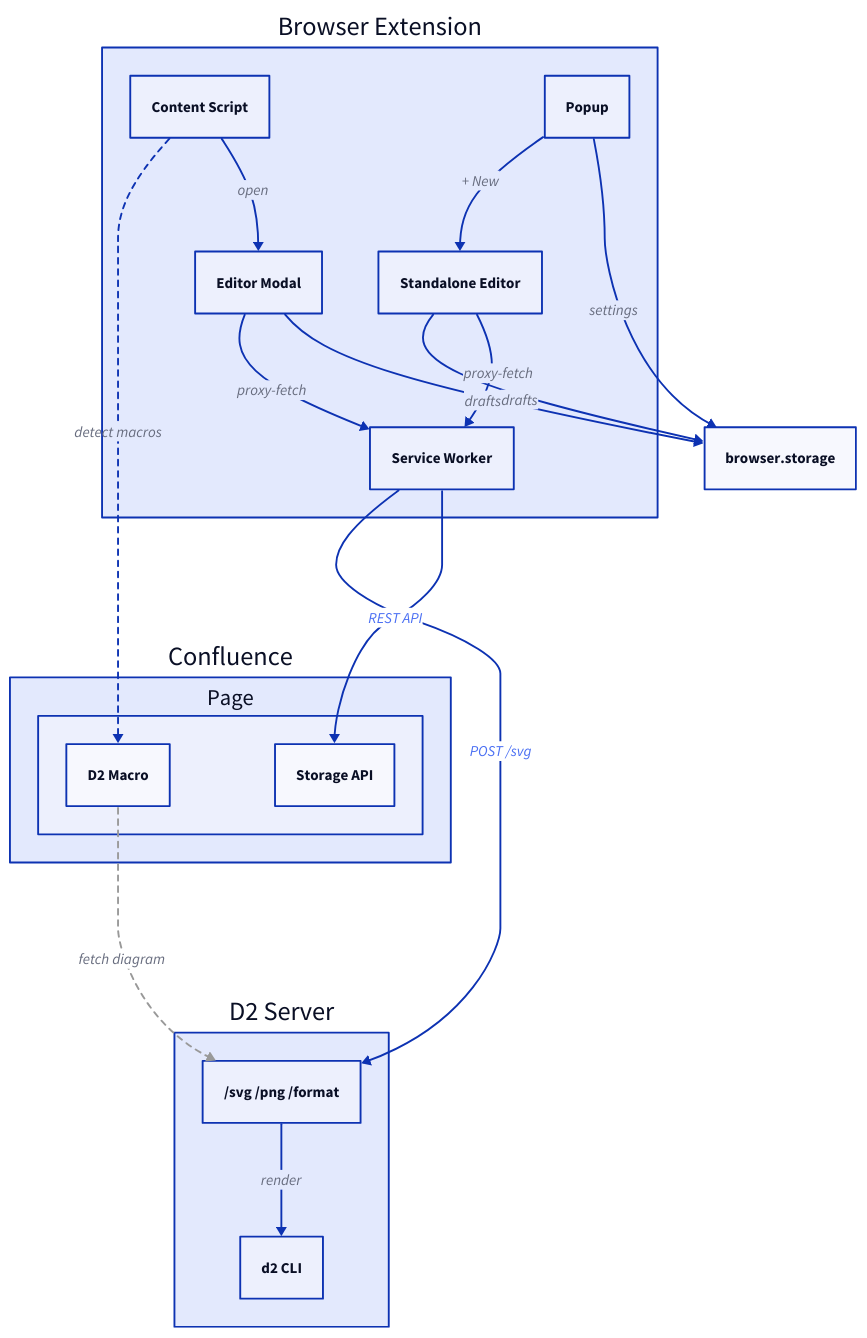
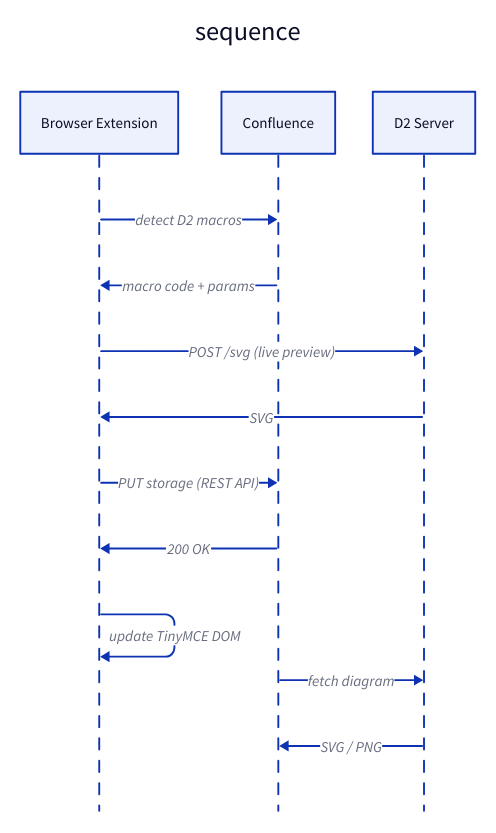
Before and after one commit to veschin/d2-web-extension: the diagram in docs/architecture.d2, drawn with D2. The commit also changed 1 other file, not shown here.

Commit message:
docs: replace architecture with sequence diagram

```diff
--- a/docs/architecture.d2
+++ b/docs/architecture.d2
@@ -1,50 +1,26 @@
-direction: down
+sequence: {
+  shape: sequence_diagram
 
-confluence: Confluence {
-  page: Page {
-    macro: D2 Macro
-    storage: Storage API
-  }
+  ext: Browser Extension
+  confluence: Confluence
+  d2server: D2 Server
+
+  # Page load
+  ext -> confluence: detect D2 macros
+  confluence -> ext: macro code + params
+
+  # Edit
+  ext -> d2server: POST /svg (live preview)
+  d2server -> ext: SVG
+
+  # Save (view mode)
+  ext -> confluence: PUT storage (REST API)
+  confluence -> ext: 200 OK
+
+  # Save (edit mode)
+  ext -> ext: update TinyMCE DOM
+
+  # Without extension
+  confluence -> d2server: fetch diagram
+  d2server -> confluence: SVG / PNG
 }
-
-ext: Browser Extension {
-  cs: Content Script
-  editor: Editor Modal
-  sw: Service Worker
-  popup: Popup
-  standalone: Standalone Editor
-}
-
-server: D2 Server {
-  api: "/svg /png /format"
-  d2: d2 CLI
-  api -> d2: render
-}
-
-store: browser.storage
-
-# Detection
-ext.cs -> confluence.page.macro: detect macros {
-  style.stroke-dash: 3
-}
-
-# Editor interactions
-ext.cs -> ext.editor: open
-ext.editor -> ext.sw: proxy-fetch
-ext.sw -> server.api: POST /svg {style.font-color: "#4A6FF3"}
-ext.sw -> confluence.page.storage: REST API {style.font-color: "#4A6FF3"}
-
-# Standalone
-ext.popup -> ext.standalone: "+ New"
-
-# Preview & save
-ext.editor -> store: drafts
-ext.standalone -> store: drafts
-ext.standalone -> ext.sw: proxy-fetch
-ext.popup -> store: settings
-
-# Macro rendering (without extension)
-confluence.page.macro -> server.api: fetch diagram {
-  style.stroke-dash: 3
-  style.stroke: "#999"
-}
```
